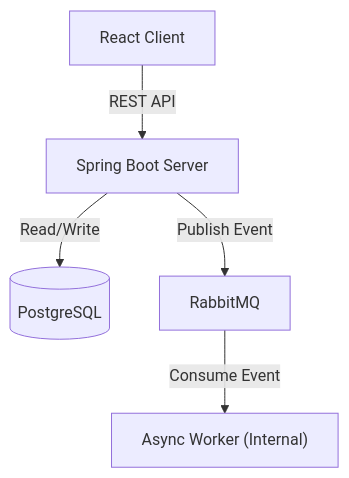
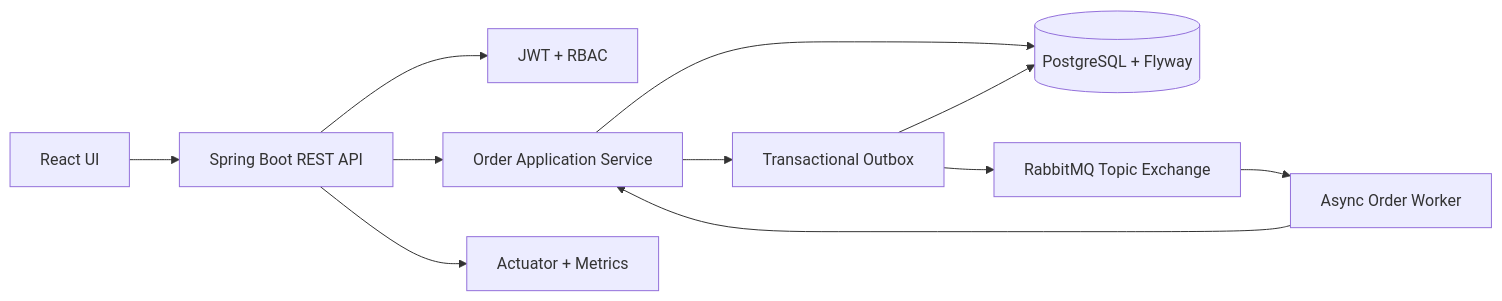
The first of 2 diagrams in README.md (albonidrizi/nexus-flow-enterprise-order-processor), drawn with Mermaid before and after one commit. The commit also changed other lines of this file and 4 other files, not shown here.

````diff
--- a/README.md
+++ b/README.md
@@ -48,7 +28,13 @@
 ```mermaid
-graph TD
-    Client[React Client] -->|REST API| Server[Spring Boot Server]
-    Server -->|Read/Write| DB[(PostgreSQL)]
-    Server -->|Publish Event| MQ[RabbitMQ]
-    MQ -->|Consume Event| Listener["Async Worker (Internal)"]
+flowchart LR
+  User[React UI] --> API[Spring Boot REST API]
+  API --> Auth[JWT + RBAC]
+  API --> Service[Order Application Service]
+  Service --> DB[(PostgreSQL + Flyway)]
+  Service --> Outbox[Transactional Outbox]
+  Outbox --> DB
+  Outbox --> MQ[RabbitMQ Topic Exchange]
+  MQ --> Worker[Async Order Worker]
+  Worker --> Service
+  API --> Actuator[Actuator + Metrics]
 ```
````
